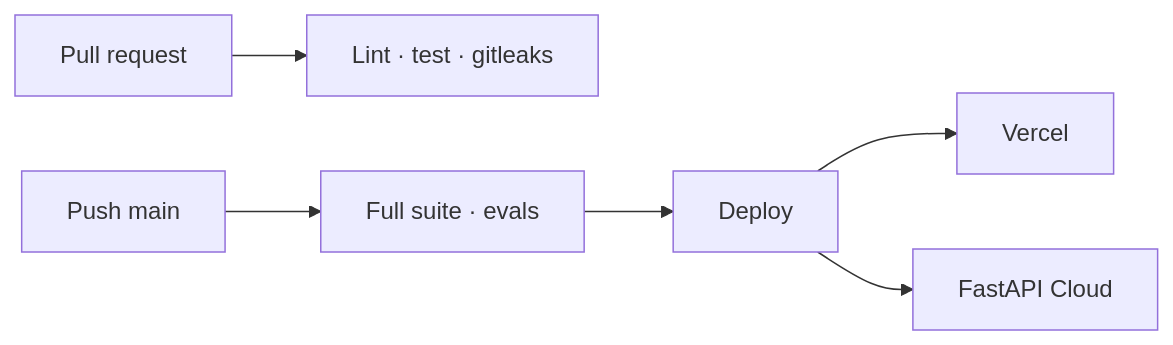
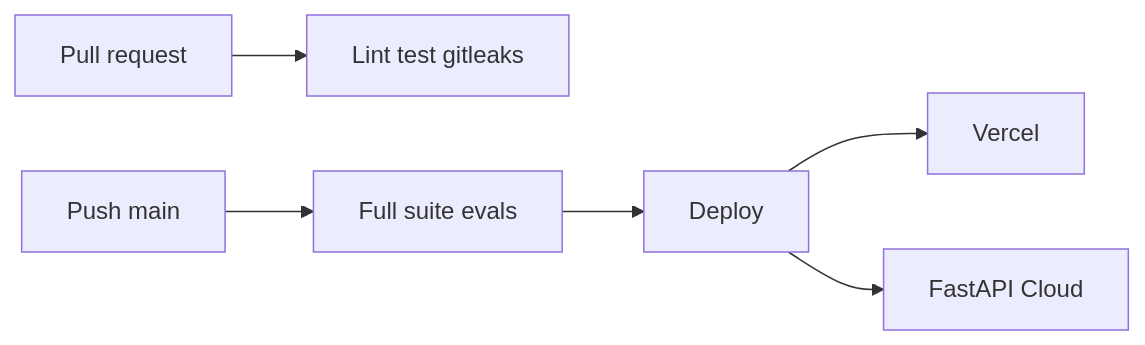
The seventh of 9 diagrams in README.md (nikhilmaguwala/enterprise-ai-agent), drawn with Mermaid before and after one commit. The commit also changed other lines of this file, not shown here.

First line of the commit message:
Fix README Mermaid syntax errors on GitHub rendering.

````diff
--- a/README.md
+++ b/README.md
@@ -287,8 +291,8 @@
 ```mermaid
 flowchart LR
-  PR[Pull request] --> CI[Lint · test · gitleaks]
-  Main[Push main] --> T[Full suite · evals]
+  PR[Pull request] --> CI[Lint test gitleaks]
+  Main[Push main] --> T[Full suite evals]
   T --> D[Deploy]
   D --> V[Vercel]
   D --> F[FastAPI Cloud]
 ```
````
